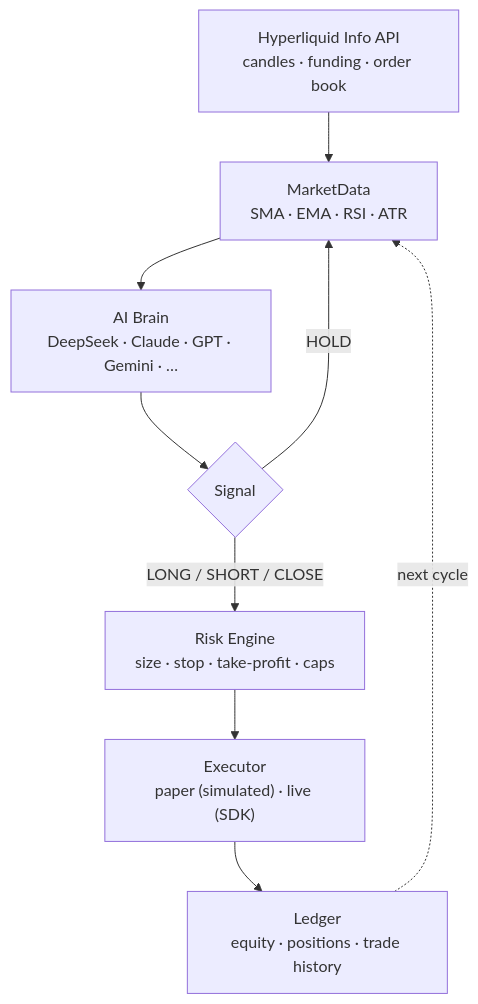
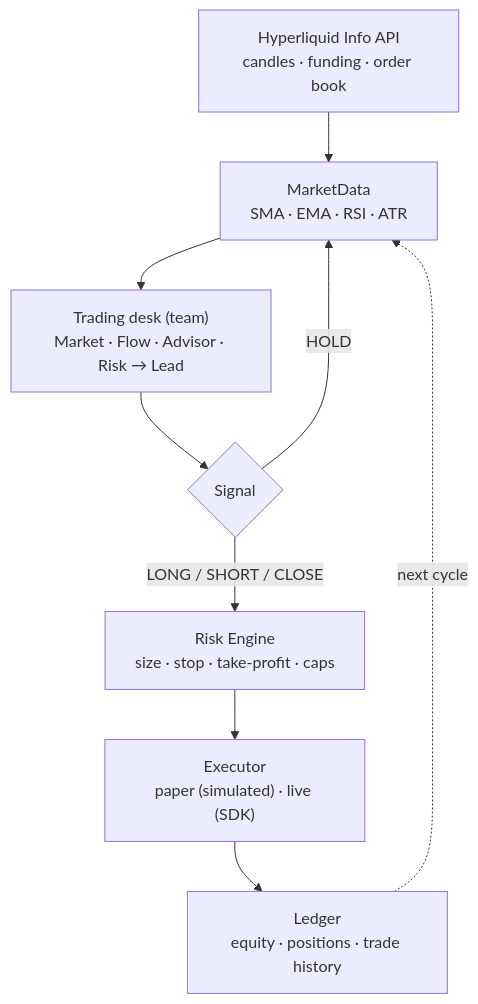
One commit to jepspows/oneechan changed the diagram in README.md. Above: the diagram before and after it, drawn with Mermaid. The commit also changed other lines of this file and 7 other files, not shown here.

First line of the commit message:
Add multi-agent trading desk (Market/Flow/Advisor/Risk + Lead PM)

````diff
--- a/README.md
+++ b/README.md
@@ -51,11 +54,11 @@
 ```mermaid
 flowchart TD
     A["Hyperliquid Info API<br/>candles · funding · order book"] --> B["MarketData<br/>SMA · EMA · RSI · ATR"]
-    B --> C["AI Brain<br/>DeepSeek · Claude · GPT · Gemini · …"]
+    B --> C["Trading desk (team)<br/>Market · Flow · Advisor · Risk → Lead"]
     C --> D{"Signal"}
     D -->|"HOLD"| B
     D -->|"LONG / SHORT / CLOSE"| E["Risk Engine<br/>size · stop · take-profit · caps"]
     E --> F["Executor<br/>paper (simulated) · live (SDK)"]
     F --> G["Ledger<br/>equity · positions · trade history"]
     G -.->|"next cycle"| B
 ```
````
